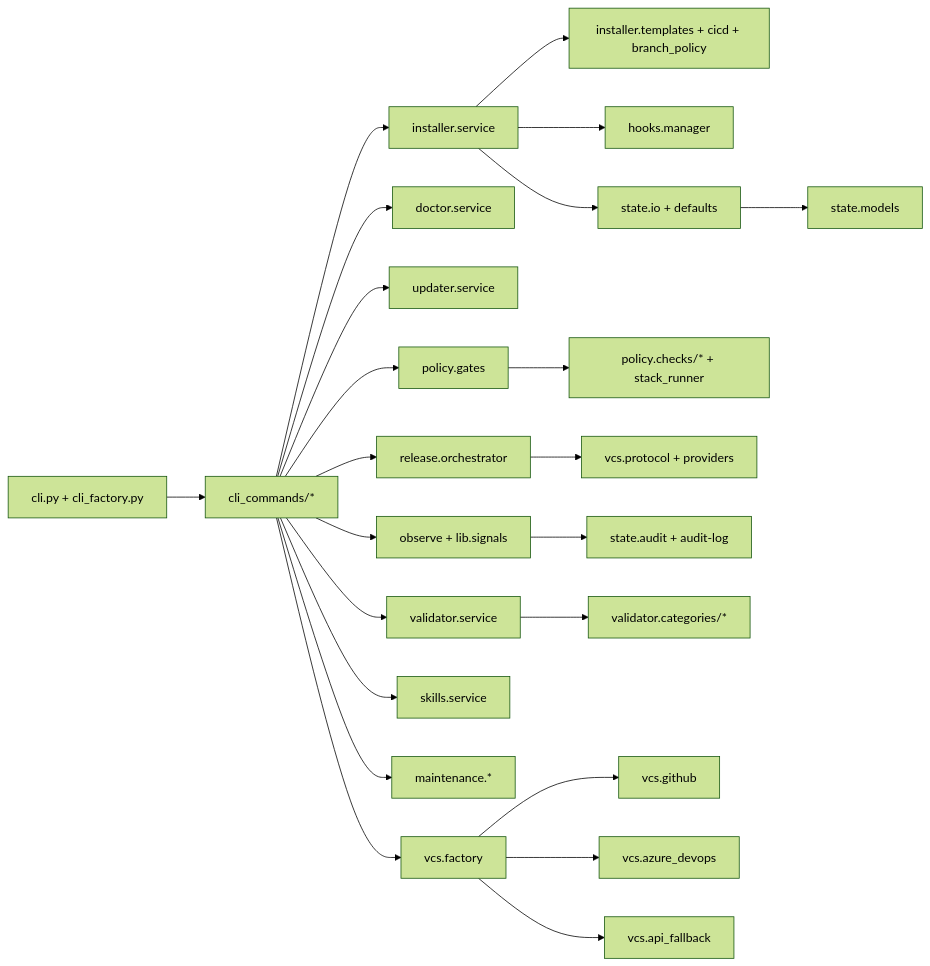
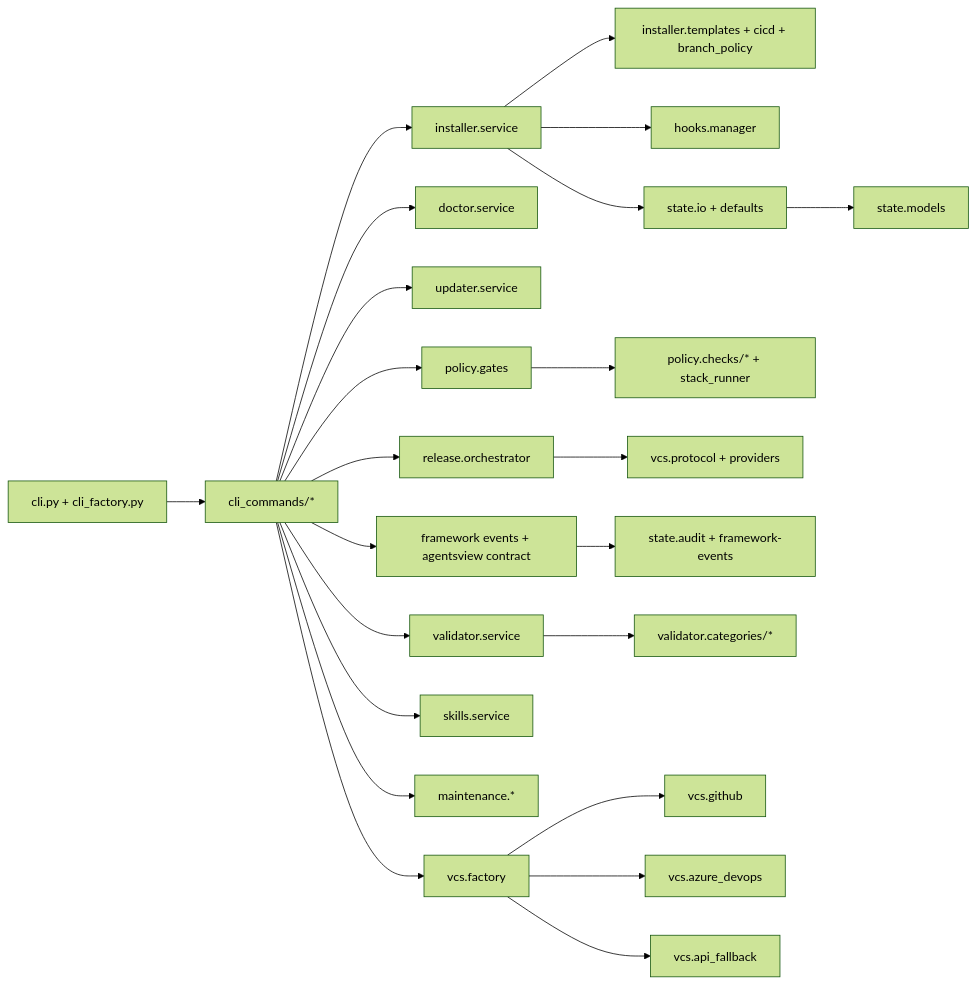
The second of 6 diagrams in docs/ai-engineering-auditoria-diagramas.md (arcasilesgroup/ai-engineering), drawn with Mermaid (forest theme) before and after one commit. The commit also changed other lines of this file and 679 other files, not shown here.

````diff
--- a/docs/ai-engineering-auditoria-diagramas.md
+++ b/docs/ai-engineering-auditoria-diagramas.md
@@ -67,28 +70,28 @@
 ```mermaid
 flowchart LR
     CLI[cli.py + cli_factory.py] --> CMDS[cli_commands/*]
 
     CMDS --> INST[installer.service]
     CMDS --> DOC[doctor.service]
     CMDS --> UPD[updater.service]
     CMDS --> VAL[validator.service]
     CMDS --> REL[release.orchestrator]
     CMDS --> POL[policy.gates]
-    CMDS --> OBS[observe + lib.signals]
+    CMDS --> OBS[framework events + agentsview contract]
     CMDS --> SKS[skills.service]
     CMDS --> MAINT[maintenance.*]
     CMDS --> VCSF[vcs.factory]
 
     INST --> TPL[installer.templates + cicd + branch_policy]
     INST --> HOOKM[hooks.manager]
     INST --> STIO[state.io + defaults]
     POL --> CHK[policy.checks/* + stack_runner]
     REL --> VPROTO[vcs.protocol + providers]
-    OBS --> AUD[state.audit + audit-log]
+    OBS --> AUD[state.audit + framework-events]
     VAL --> CAT[validator.categories/*]
 
     STIO --> MODELS[state.models]
     VCSF --> GH[vcs.github]
     VCSF --> AZ[vcs.azure_devops]
     VCSF --> APIF[vcs.api_fallback]
 ```
````
